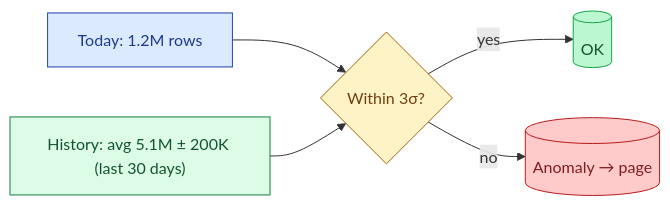
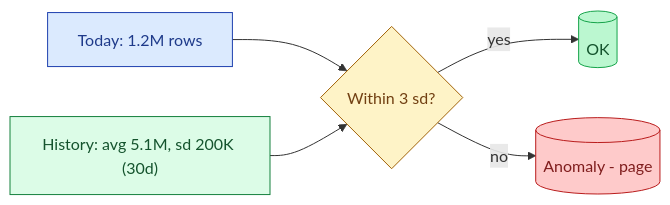
One commit to shiningflash/shiningflash.github.io changed the first of 2 diagrams in _de_concepts/047-volume-tests-anomaly.md. Above: the diagram before and after it, drawn with Mermaid. The commit also changed other lines of this file and 69 other files, not shown here.

````diff
--- a/_de_concepts/047-volume-tests-anomaly.md
+++ b/_de_concepts/047-volume-tests-anomaly.md
@@ -12,15 +12,15 @@
 ```mermaid
 flowchart LR
     Today["Today: 1.2M rows"]:::t
-    Hist["History: avg 5.1M ± 200K (last 30 days)"]:::h
-    Today --> Check{"Within 3σ?"}:::q
+    Hist["History: avg 5.1M, sd 200K (30d)"]:::h
+    Today --> Check{"Within 3 sd?"}:::q
     Hist --> Check
     Check -->|"yes"| Pass[("OK")]:::g
-    Check -->|"no"| Alert[("Anomaly → page")]:::r
+    Check -->|"no"| Alert[("Anomaly - page")]:::r
 
     classDef t fill:#dbeafe,stroke:#1e40af,color:#1e3a8a
     classDef h fill:#dcfce7,stroke:#15803d,color:#14532d
     classDef q fill:#fef3c7,stroke:#a16207,color:#713f12
     classDef g fill:#bbf7d0,stroke:#16a34a,color:#14532d
     classDef r fill:#fecaca,stroke:#b91c1c,color:#7f1d1d
 ```
````
